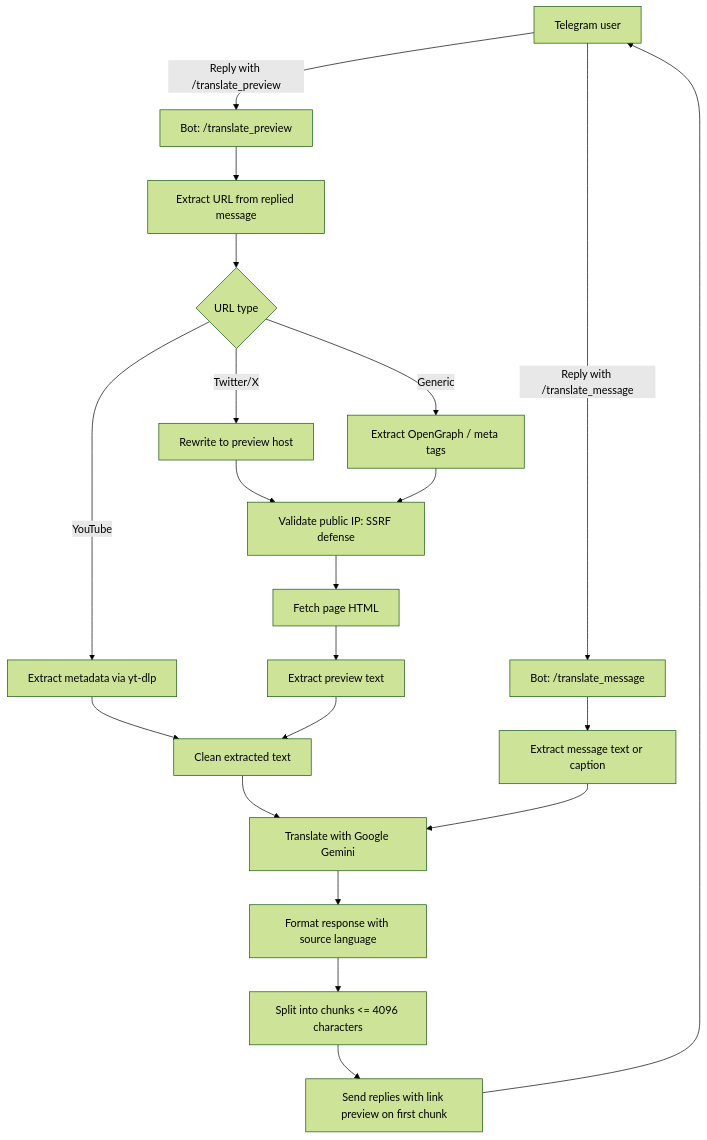
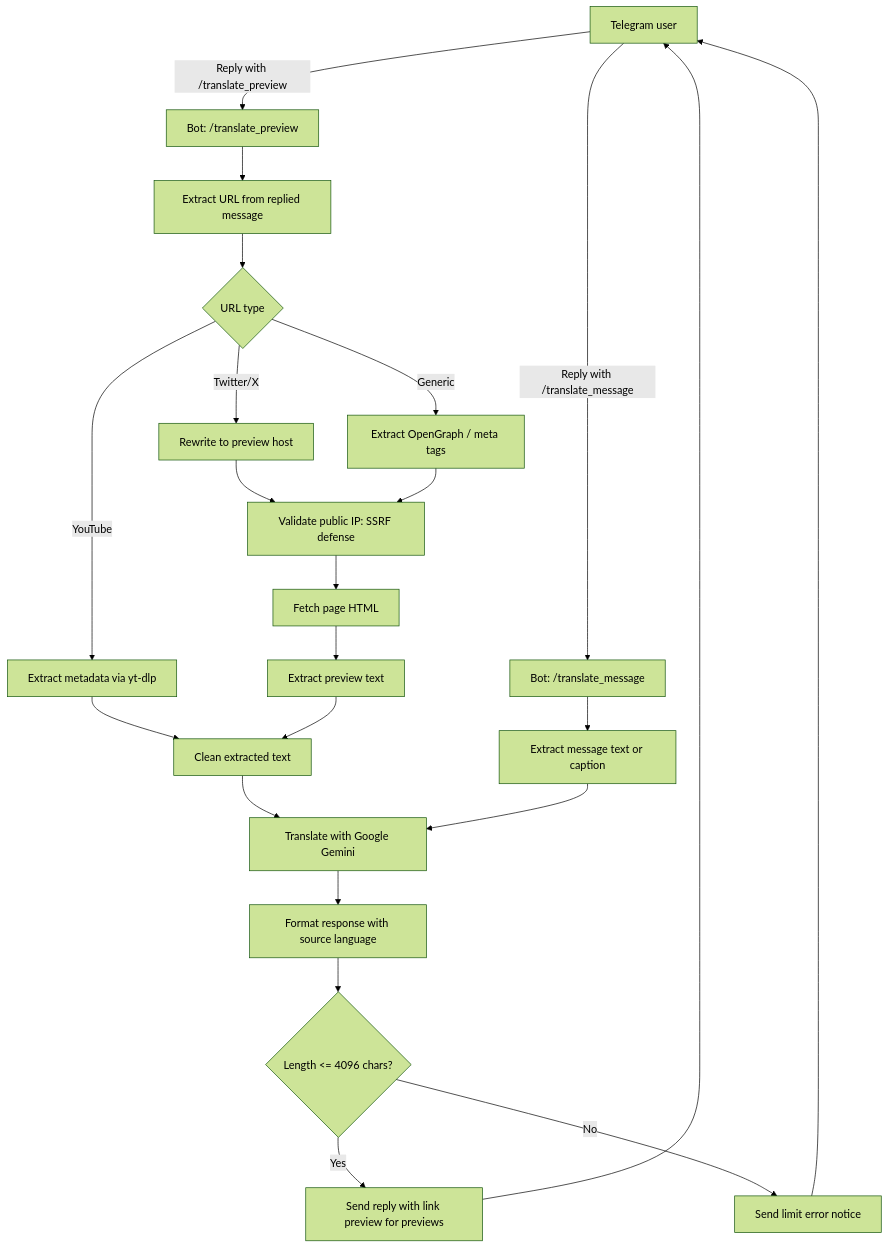
One commit to gotenksIN/telegram-translator changed the diagram in README.md. Above: the diagram before and after it, drawn with Mermaid (forest theme). The commit also changed 3 other files, not shown here.

````diff
--- a/README.md
+++ b/README.md
@@ -7,30 +7,32 @@
 ```mermaid
 flowchart TD
     User[Telegram user] -->|Reply with /translate_preview| BotPreview[Bot: /translate_preview]
     User -->|Reply with /translate_message| BotMessage[Bot: /translate_message]
 
     BotPreview --> ExtractURL[Extract URL from replied message]
     ExtractURL --> CheckType{URL type}
 
     CheckType -->|Twitter/X| Rewrite[Rewrite to preview host]
     CheckType -->|YouTube| YtDlp[Extract metadata via yt-dlp]
     CheckType -->|Generic| OpenGraph[Extract OpenGraph / meta tags]
 
     Rewrite --> ValidateIP[Validate public IP: SSRF defense]
     OpenGraph --> ValidateIP
     ValidateIP --> FetchPage[Fetch page HTML]
     FetchPage --> ExtractText[Extract preview text]
 
     YtDlp --> CleanText[Clean extracted text]
     ExtractText --> CleanText
 
     BotMessage --> DirectText[Extract message text or caption]
 
     CleanText --> Gemini[Translate with Google Gemini]
     DirectText --> Gemini
 
     Gemini --> FormatReply[Format response with source language]
-    FormatReply --> SplitChunks[Split into chunks <= 4096 characters]
-    SplitChunks --> SendReply[Send replies with link preview on first chunk]
+    FormatReply --> CheckLength{Length <= 4096 chars?}
+    CheckLength -->|Yes| SendReply[Send reply with link preview for previews]
+    CheckLength -->|No| LimitError[Send limit error notice]
     SendReply --> User
+    LimitError --> User
 ```
````
